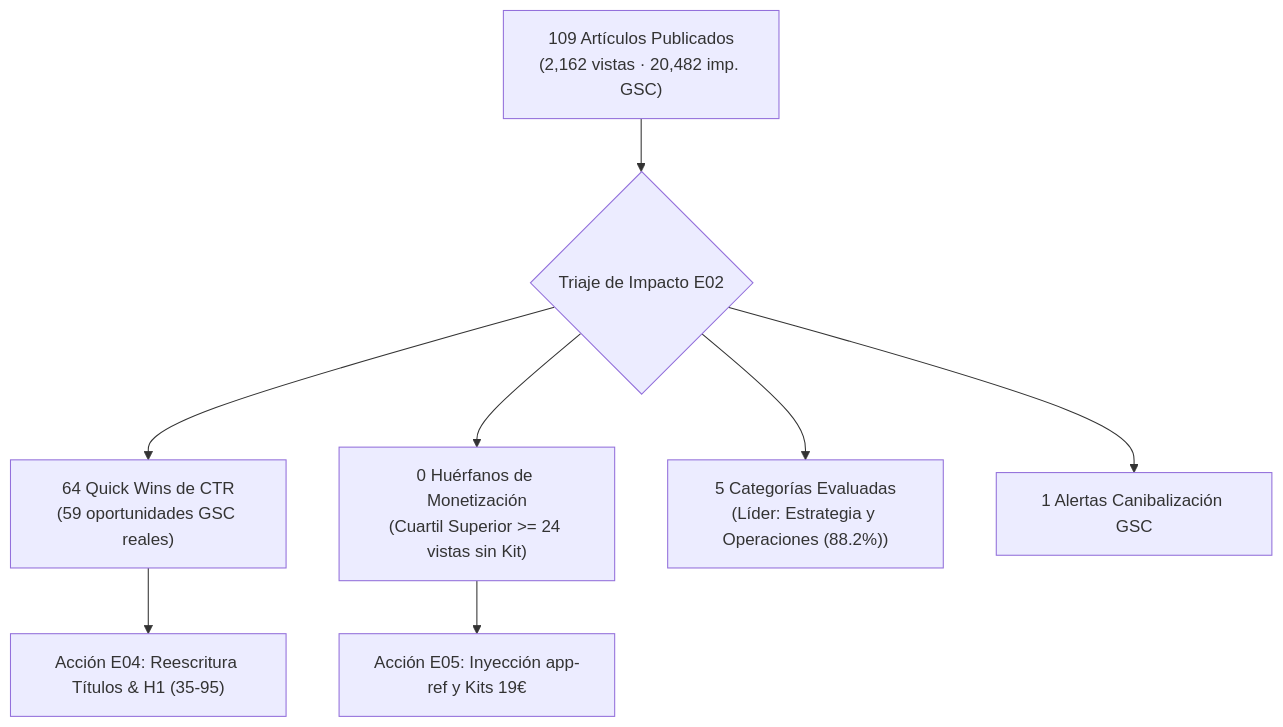
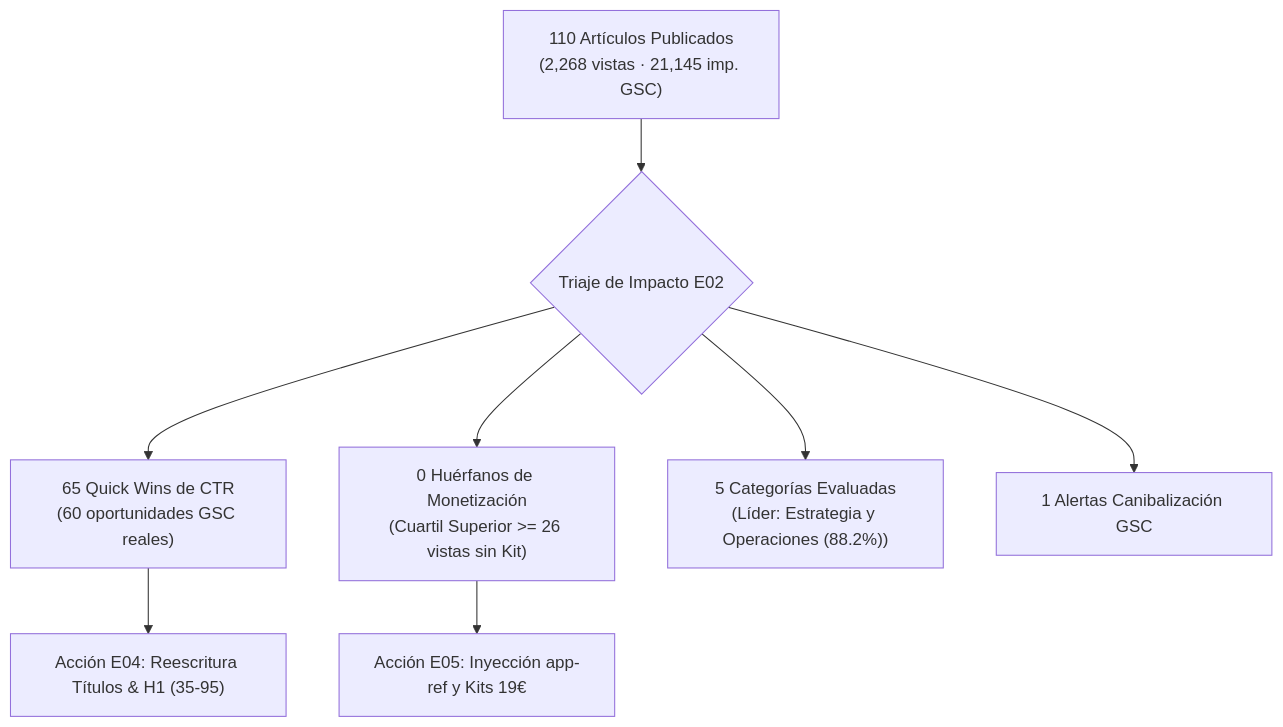
Before and after one commit to Dalaez/datalaria-website: the diagram in specs/audit/IMPACT_REPORT.md, drawn with Mermaid. The commit also changed other lines of this file and 129 other files, not shown here.

````diff
--- a/specs/audit/IMPACT_REPORT.md
+++ b/specs/audit/IMPACT_REPORT.md
@@ -23,10 +23,10 @@
 ```mermaid
 flowchart TD
-    A["109 Artículos Publicados\n(2,162 vistas · 20,482 imp. GSC)"] --> B{"Triaje de Impacto E02"}
-    B --> C["64 Quick Wins de CTR\n(59 oportunidades GSC reales)"]
-    B --> D["0 Huérfanos de Monetización\n(Cuartil Superior >= 24 vistas sin Kit)"]
+    A["110 Artículos Publicados\n(2,268 vistas · 21,145 imp. GSC)"] --> B{"Triaje de Impacto E02"}
+    B --> C["65 Quick Wins de CTR\n(60 oportunidades GSC reales)"]
+    B --> D["0 Huérfanos de Monetización\n(Cuartil Superior >= 26 vistas sin Kit)"]
     B --> E["5 Categorías Evaluadas\n(Líder: Estrategia y Operaciones (88.2%))"]
     B --> H["1 Alertas Canibalización GSC"]
     C --> F["Acción E04: Reescritura Títulos & H1 (35-95)"]
     D --> G["Acción E05: Inyección app-ref y Kits 19€"]
 ```
````
